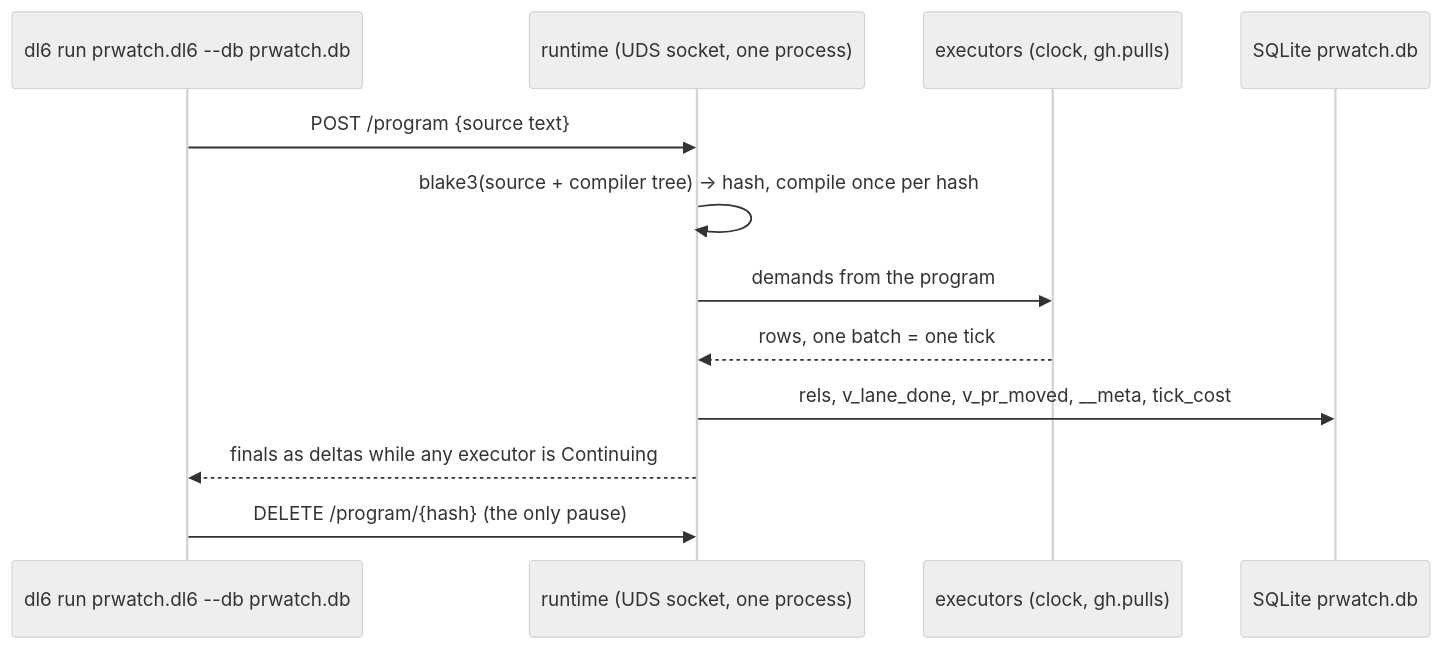
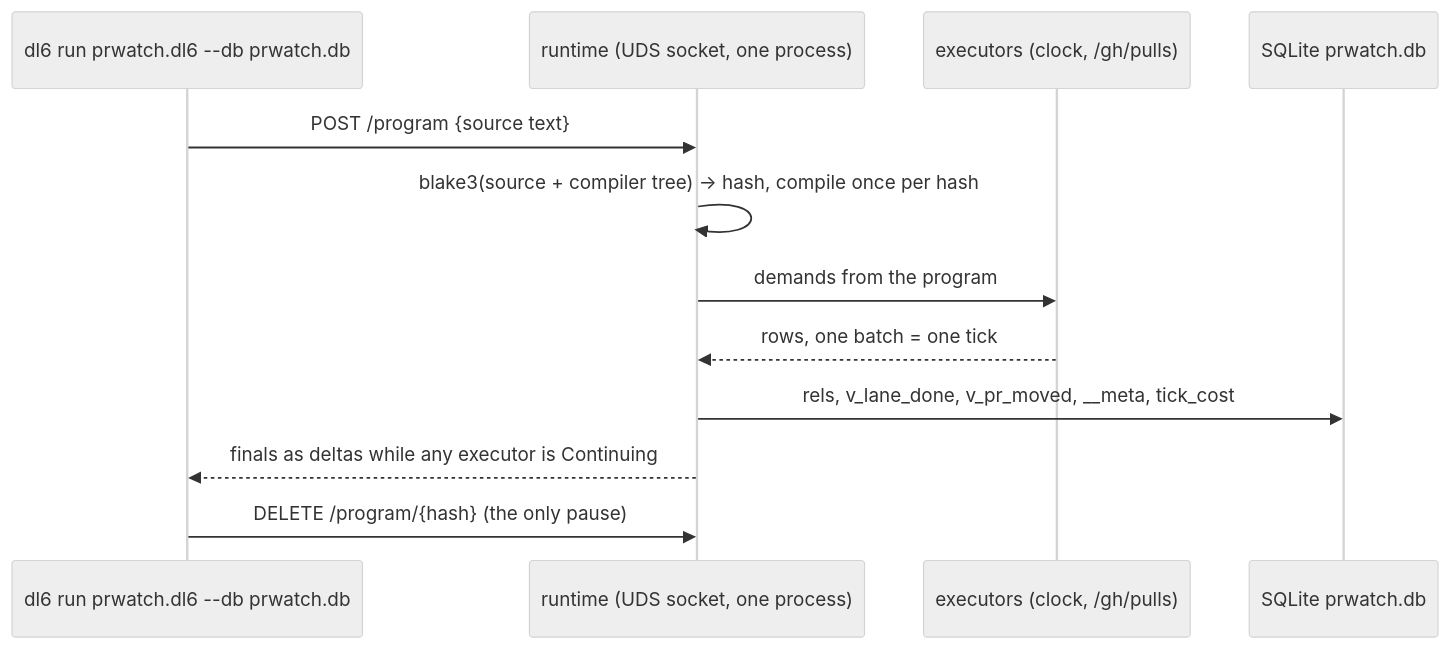
Before and after one commit to hafley66/sprefa: the third of 3 diagrams in plans/2026-08-21-one-name.PLAN.visual.human.unga.md, drawn with Mermaid (neutral theme). The commit also changed other lines of this file and 63 other files, not shown here.

````diff
--- a/plans/2026-08-21-one-name.PLAN.visual.human.unga.md
+++ b/plans/2026-08-21-one-name.PLAN.visual.human.unga.md
@@ -124,14 +124,14 @@
 ```mermaid
 sequenceDiagram
   participant C as dl6 run prwatch.dl6 --db prwatch.db
   participant R as runtime (UDS socket, one process)
-  participant X as executors (clock, gh.pulls)
+  participant X as executors (clock, /gh/pulls)
   participant D as SQLite prwatch.db
   C->>R: POST /program {source text}
   R->>R: blake3(source + compiler tree) -> hash, compile once per hash
   R->>X: demands from the program
   X-->>R: rows, one batch = one tick
   R->>D: rels, v_lane_done, v_pr_moved, __meta, tick_cost
   R-->>C: finals as deltas while any executor is Continuing
   C->>R: DELETE /program/{hash} (the only pause)
 ```
````
